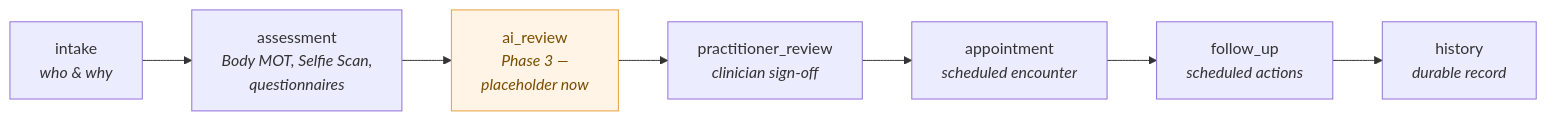
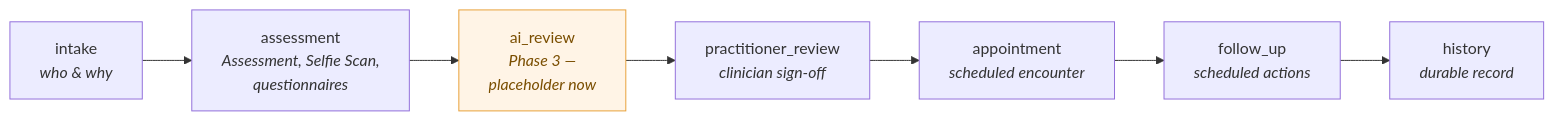
Before and after one commit to jayjay77uk/Juice-doctor: the first of 3 diagrams in docs/architecture/08-consultation-workflow.md, drawn with Mermaid. The commit also changed other lines of this file and 71 other files, not shown here.

````diff
--- a/docs/architecture/08-consultation-workflow.md
+++ b/docs/architecture/08-consultation-workflow.md
@@ -34,12 +34,12 @@
 ```mermaid
 flowchart LR
-    A["intake<br/><i>who &amp; why</i>"] --> B["assessment<br/><i>Body MOT, Selfie Scan,<br/>questionnaires</i>"]
+    A["intake<br/><i>who &amp; why</i>"] --> B["assessment<br/><i>Assessment, Selfie Scan,<br/>questionnaires</i>"]
     B --> C["ai_review<br/><i>Phase 3 —<br/>placeholder now</i>"]
     C --> D["practitioner_review<br/><i>clinician sign-off</i>"]
     D --> E["appointment<br/><i>scheduled encounter</i>"]
     E --> F["follow_up<br/><i>scheduled actions</i>"]
     F --> G["history<br/><i>durable record</i>"]
 
     classDef ai fill:#fff4e6,stroke:#e8a13a,color:#7a4e00;
     class C ai;
 ```
````
